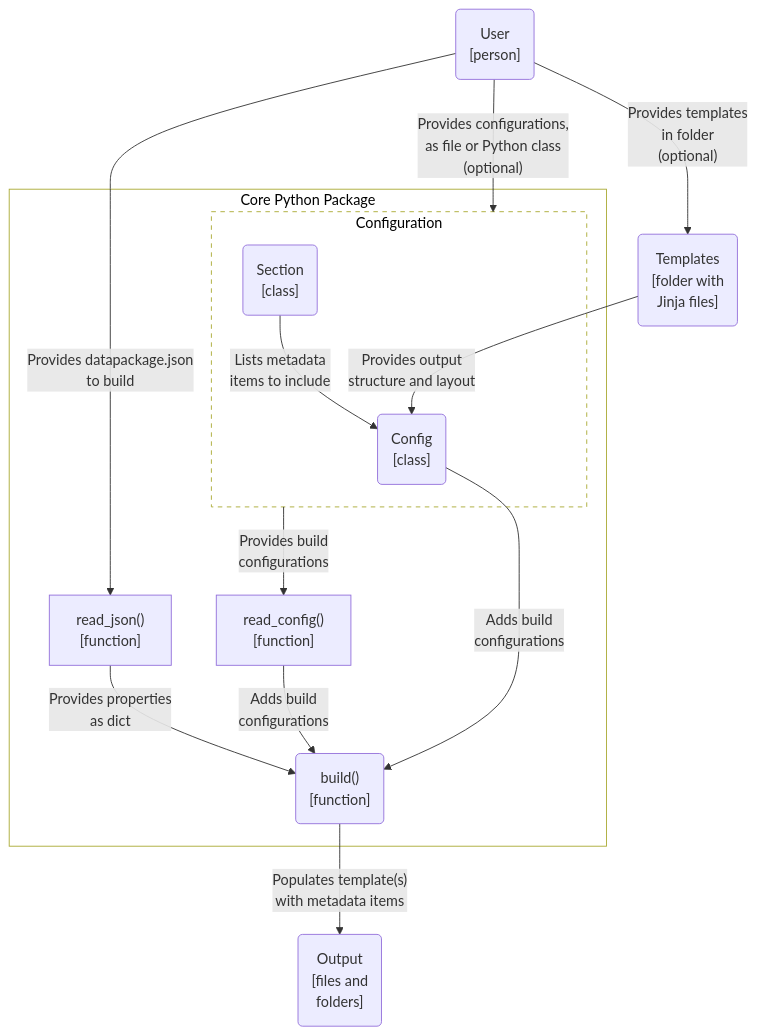
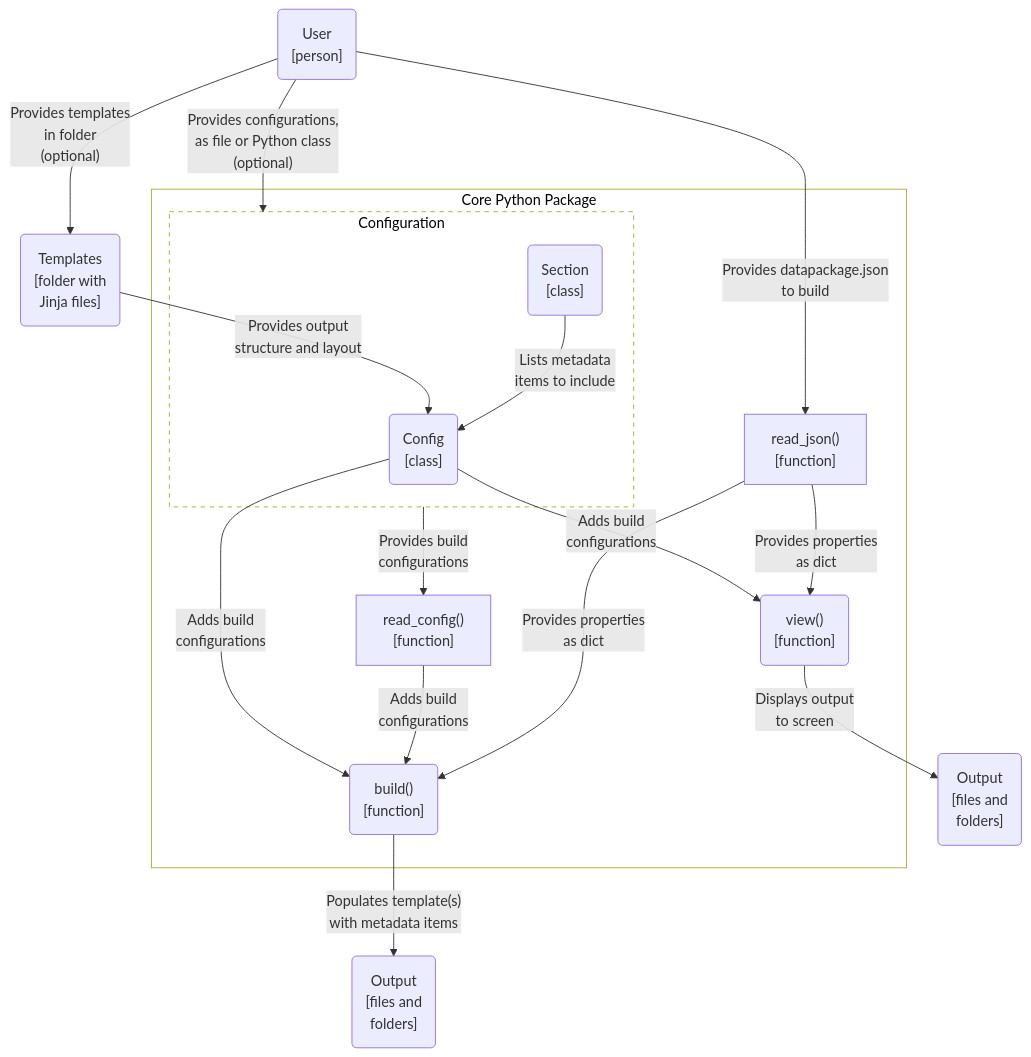
The third of 3 diagrams in docs/design/architecture.qmd (seedcase-project/seedcase-flower), drawn with Mermaid before and after one commit.

Commit message:
docs: :building_construction: added `view()` functionality to C4 model

````diff
--- a/docs/design/architecture.qmd
+++ b/docs/design/architecture.qmd
@@ -235,38 +235,41 @@
 ```{mermaid}
 %%| label: fig-c4-component
 %%| fig-cap: "C4 component diagram showing the parts of the Python package and their connections."
 flowchart
 
     subgraph python_package["Core Python Package"]
 
         subgraph config_file["Configuration"]
             config("Config<br>[class]")
             section("Section<br>[class]")
         end
 
         read_config["read_config()<br>[function]"]
         read_json["read_json()<br>[function]"]
         build("build()<br>[function]")
+        view("view()<br>[function]")
 
         section --"Lists metadata<br>items to include"--> config
         config_file -- "Provides build<br>configurations" --> read_config
 
-        read_json --"Provides properties<br>as dict"--> build
+        read_json --"Provides properties<br>as dict"--> build & view
         read_config -- "Adds build<br>configurations" --> build
-        config --"Adds build<br>configurations"--> build
+        config --"Adds build<br>configurations"--> build & view
     end
 
     templates("Templates<br>[folder with<br>Jinja files]")
     user("User<br>[person]")
-    output("Output<br>[files and<br>folders]")
+    output_files("Output<br>[files and<br>folders]")
+    output_screen("Output<br>[files and<br>folders]")
 
     templates --"Provides output<br>structure and layout"--> config
     user --"Provides datapackage.json<br>to build"--> read_json
     user --"Provides configurations,<br>as file or Python class<br>(optional)"--> config_file
     user --"Provides templates<br>in folder<br>(optional)"--> templates
-    build --"Populates template(s)<br>with metadata items"--> output
+    build --"Populates template(s)<br>with metadata items"--> output_files
+    view --"Displays output<br>to screen"--> output_screen
 
     %% Styling
     style python_package fill:#FFFFFF, color:#000000
     style config_file fill:#FFFFFF, color:#000000, stroke-dasharray: 5 5
 ```
````
